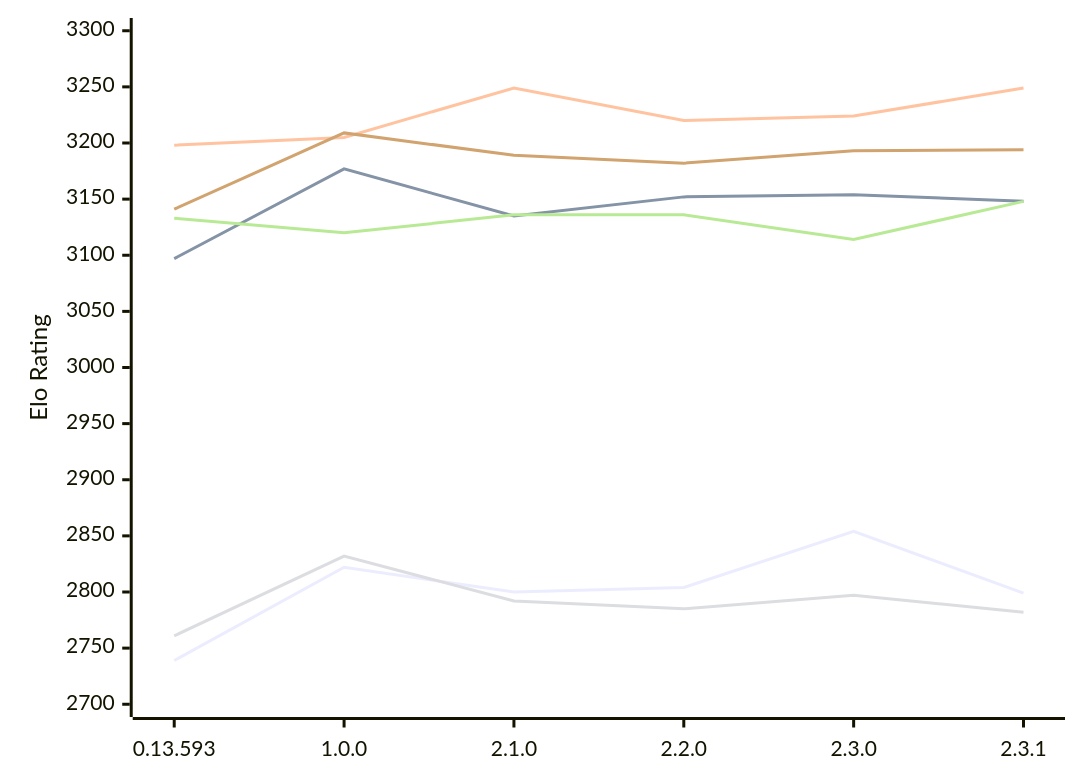
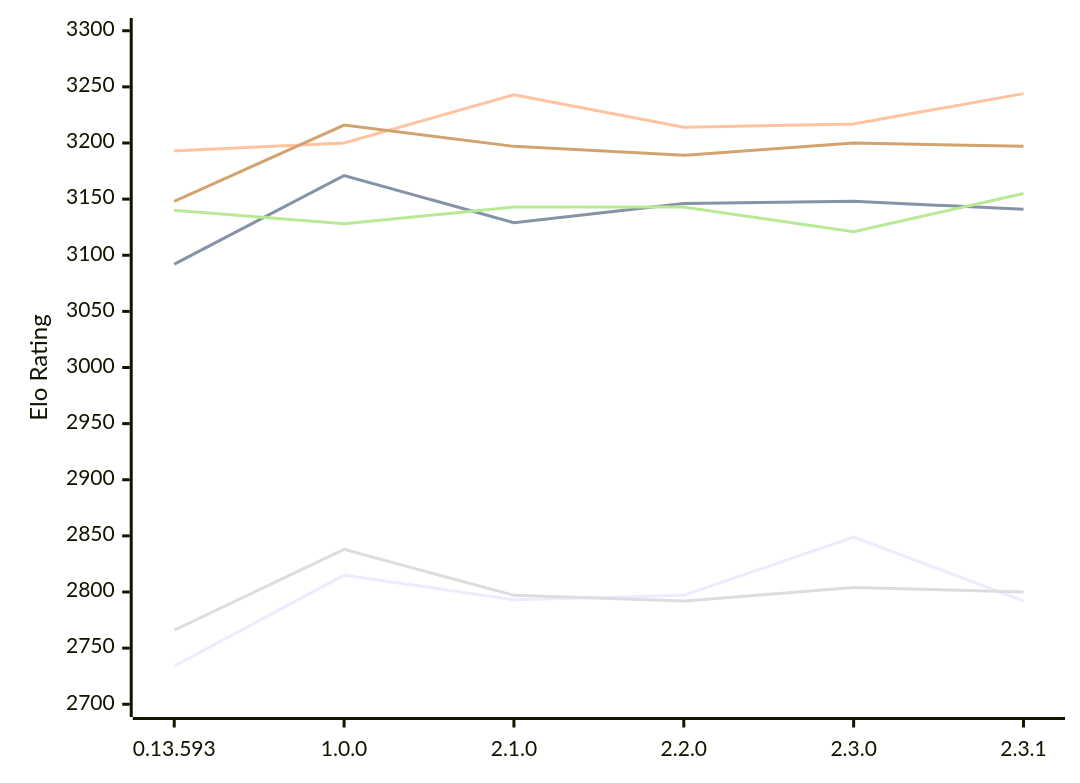
Before and after one commit to computer-chess-index/cci: the diagram in engines/Pawnstar.md, drawn with Mermaid. The commit also changed other lines of this file, not shown here.

Commit message:
Update CCI Ratings (ELO VLTC) - 2026-11-18

````diff
--- a/engines/Pawnstar.md
+++ b/engines/Pawnstar.md
@@ -57,12 +57,12 @@
 ```mermaid
 %%{init: {"theme":"base","themeVariables":{"seriesColors:['#a3a3a3','#222221','#faa371']}}}%%
 xychart-beta
   x-axis ["0.13.593", "1.0.0", "2.1.0", "2.2.0", "2.3.0", "2.3.1"]
   y-axis "Elo Rating" 2700 --> 3300
-  line "E1: STC (8.0+0.08s)" [2739, 2822, 2800, 2804, 2854, 2799]
-  line "E1: LTC (60.0+0.60s)" [3097, 3177, 3135, 3152, 3154, 3148]
-  line "E1: VLTC (2m24s+1.12s)" [3198, 3205, 3249, 3220, 3224, 3249]
-  line "P1: STC (8.0+0.08s)" [2761, 2832, 2792, 2785, 2797, 2782]
-  line "P1: LTC (60.0+0.60s)" [3133, 3120, 3136, 3136, 3114, 3148]
-  line "P1: VLTC (2m24s+1.12s)" [3141, 3209, 3189, 3182, 3193, 3194]
+  line "E1: STC (8.0+0.08s)" [2734, 2815, 2793, 2797, 2849, 2792]
+  line "E1: LTC (60.0+0.60s)" [3092, 3171, 3129, 3146, 3148, 3141]
+  line "E1: VLTC (2m24s+1.12s)" [3193, 3200, 3243, 3214, 3217, 3244]
+  line "P1: STC (8.0+0.08s)" [2766, 2838, 2797, 2792, 2804, 2800]
+  line "P1: LTC (60.0+0.60s)" [3140, 3128, 3143, 3143, 3121, 3155]
+  line "P1: VLTC (2m24s+1.12s)" [3148, 3216, 3197, 3189, 3200, 3197]
 ```
````
